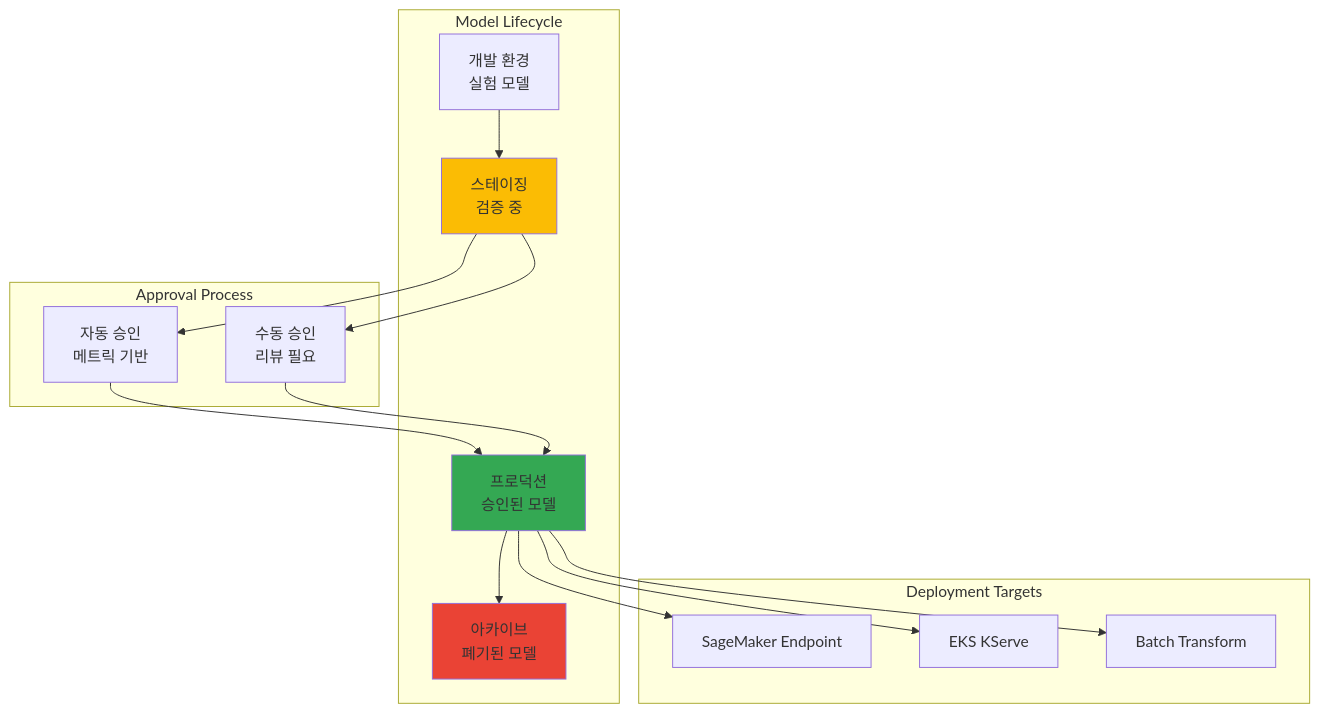
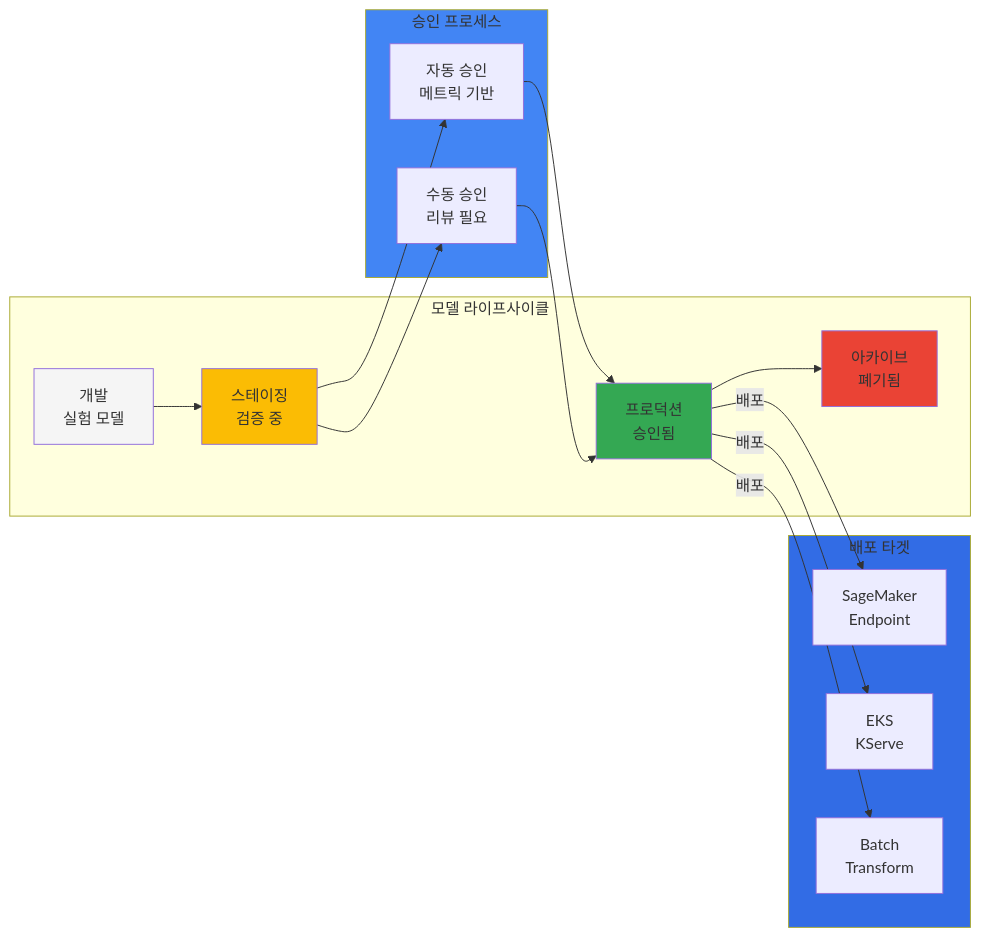
One commit to devfloor9/engineering-playbook changed the second of 4 diagrams in docs/agentic-ai-platform/operations-mlops/sagemaker-eks-integration.md. Above: the diagram before and after it, drawn with Mermaid. The commit also changed other lines of this file and 24 other files, not shown here.

````diff
--- a/docs/agentic-ai-platform/operations-mlops/sagemaker-eks-integration.md
+++ b/docs/agentic-ai-platform/operations-mlops/sagemaker-eks-integration.md
@@ -310,35 +310,38 @@
 ```mermaid
-flowchart TB
-    subgraph "Model Lifecycle"
-        DEV[개발 환경<br/>실험 모델]
+flowchart LR
+    subgraph Lifecycle["모델 라이프사이클"]
+        DEV[개발<br/>실험 모델]
         STAGING[스테이징<br/>검증 중]
-        PROD[프로덕션<br/>승인된 모델]
-        ARCHIVED[아카이브<br/>폐기된 모델]
+        PROD[프로덕션<br/>승인됨]
+        ARCHIVED[아카이브<br/>폐기됨]
     end
-    
-    subgraph "Approval Process"
+
+    subgraph Approval["승인 프로세스"]
         AUTO[자동 승인<br/>메트릭 기반]
         MANUAL[수동 승인<br/>리뷰 필요]
     end
-    
-    subgraph "Deployment Targets"
-        SM_EP[SageMaker Endpoint]
-        EKS_KSERVE[EKS KServe]
-        BATCH[Batch Transform]
+
+    subgraph Deploy["배포 타겟"]
+        SM_EP[SageMaker<br/>Endpoint]
+        EKS_KSERVE[EKS<br/>KServe]
+        BATCH[Batch<br/>Transform]
     end
-    
+
     DEV --> STAGING
     STAGING --> AUTO
     STAGING --> MANUAL
     AUTO --> PROD
     MANUAL --> PROD
     PROD --> ARCHIVED
-    
-    PROD --> SM_EP
-    PROD --> EKS_KSERVE
-    PROD --> BATCH
-    
+
+    PROD -->|배포| SM_EP
+    PROD -->|배포| EKS_KSERVE
+    PROD -->|배포| BATCH
+
+    style DEV fill:#f5f5f5
+    style STAGING fill:#fbbc04
     style PROD fill:#34a853
-    style STAGING fill:#fbbc04
     style ARCHIVED fill:#ea4335
+    style Approval fill:#4285f4
+    style Deploy fill:#326ce5
 ```
````
